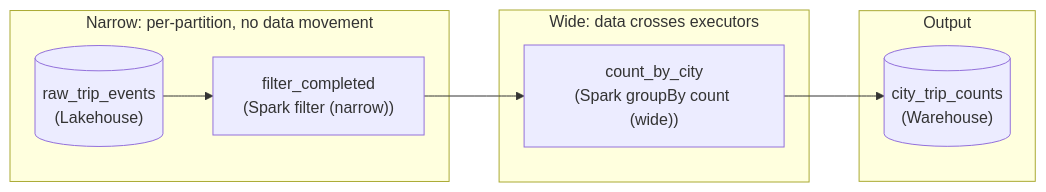
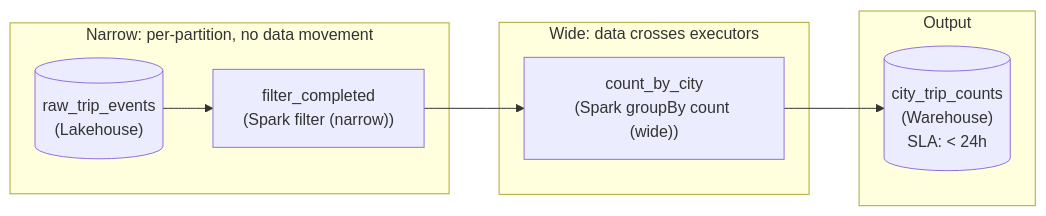
Before and after one commit to Dulain-Willis/study-helper: the third of 6 diagrams in lesson_preview/interview/architecture/pipeline_distributed_compute_beginner.md, drawn with Mermaid. The commit also changed other lines of this file and 26 other files, not shown here.

First line of the commit message:
Mermaid diagrams: show tags and extra values inside each node (#43)

````diff
--- a/lesson_preview/interview/architecture/pipeline_distributed_compute_beginner.md
+++ b/lesson_preview/interview/architecture/pipeline_distributed_compute_beginner.md
@@ -514,16 +514,16 @@
 ```mermaid
 flowchart LR
     subgraph L0["Narrow: per-partition, no data movement"]
         n0[("raw_trip_events<br/>(Lakehouse)")]
         n1["filter_completed<br/>(Spark filter (narrow))"]
     end
     subgraph L1["Wide: data crosses executors"]
         n2["count_by_city<br/>(Spark groupBy count (wide))"]
     end
     subgraph L2["Output"]
-        n3[("city_trip_counts<br/>(Warehouse)")]
+        n3[("city_trip_counts<br/>(Warehouse)<br/>SLA: #60; 24h")]
     end
     n0 --> n1
     n1 --> n2
     n2 --> n3
 ```
````
